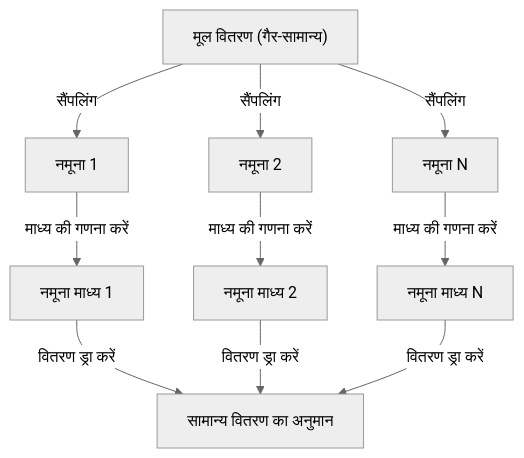
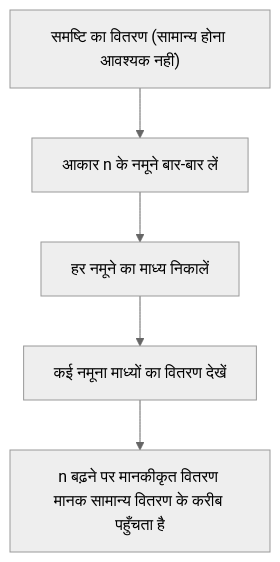
One commit to kenjinote/blog changed the diagram in content/post/central-limit-theorem/index.hi.md. Above: the diagram before and after it, drawn with Mermaid (neutral theme). The commit also changed other lines of this file and 15 other files, not shown here.

````diff
--- a/content/post/central-limit-theorem/index.hi.md
+++ b/content/post/central-limit-theorem/index.hi.md
@@ -44,12 +44,7 @@
 ```mermaid
 graph TD
-    A["मूल वितरण (गैर-सामान्य)"] -->|"सैंपलिंग"| B["नमूना 1"]
-    A -->|"सैंपलिंग"| C["नमूना 2"]
-    A -->|"सैंपलिंग"| D["नमूना N"]
-    B -->|"माध्य की गणना करें"| E["नमूना माध्य 1"]
-    C -->|"माध्य की गणना करें"| F["नमूना माध्य 2"]
-    D -->|"माध्य की गणना करें"| G["नमूना माध्य N"]
-    E -->|"वितरण ड्रा करें"| H["सामान्य वितरण का अनुमान"]
-    F -->|"वितरण ड्रा करें"| H
-    G -->|"वितरण ड्रा करें"| H
+    A["समष्टि का वितरण (सामान्य होना आवश्यक नहीं)"] --> B["आकार n के नमूने बार-बार लें"]
+    B --> C["हर नमूने का माध्य निकालें"]
+    C --> D["कई नमूना माध्यों का वितरण देखें"]
+    D --> E["n बढ़ने पर मानकीकृत वितरण मानक सामान्य वितरण के करीब पहुँचता है"]
 ```
````
